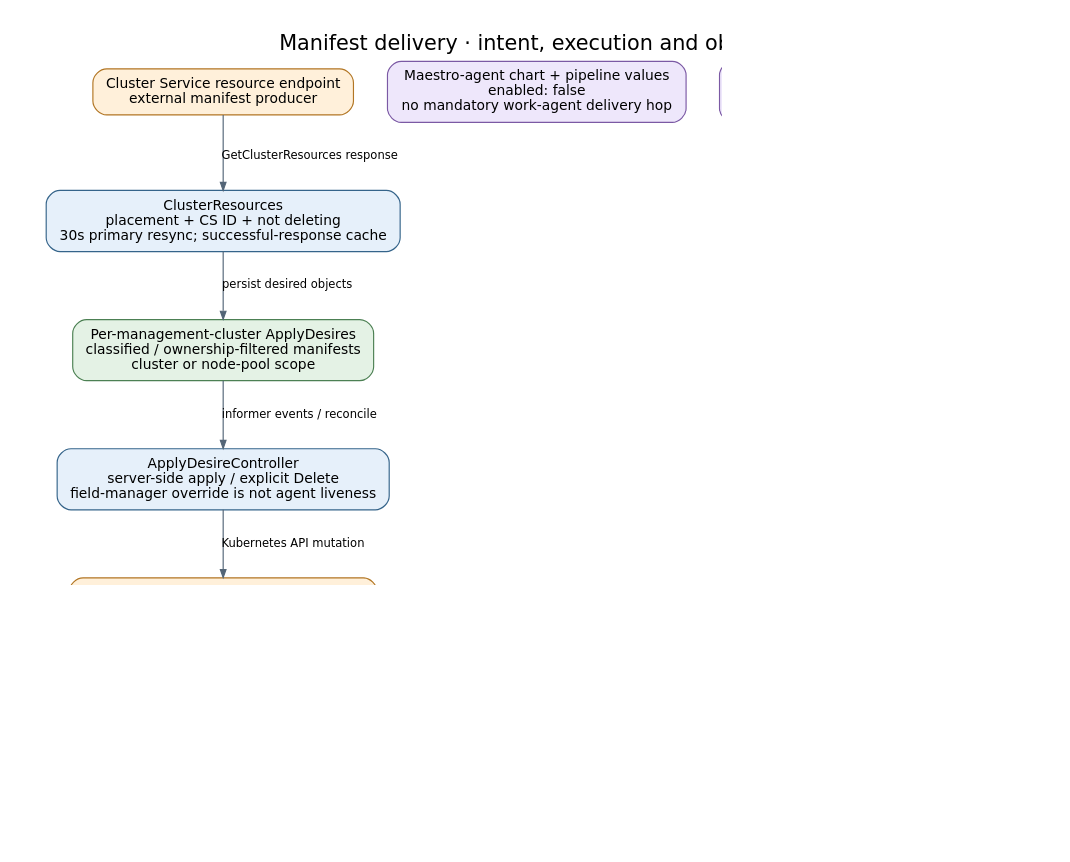
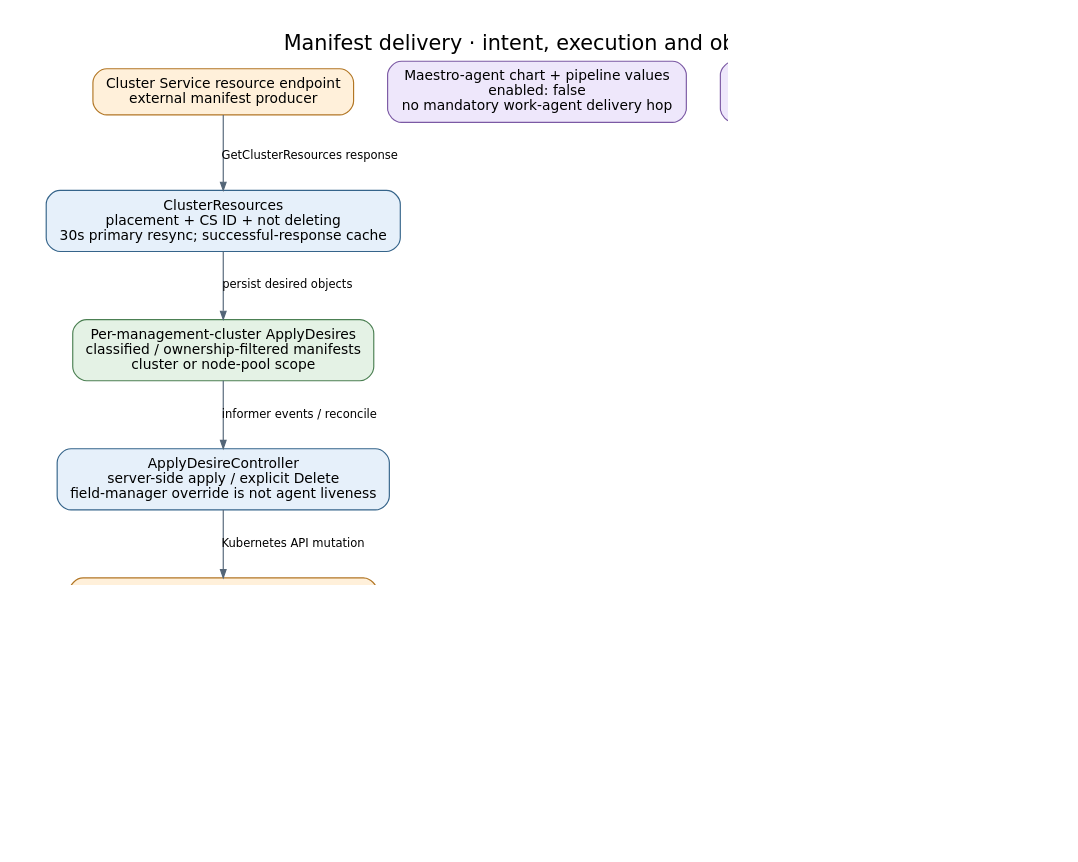
One commit to Azure/ARO-HCP changed the diagram in docs/generated/diagrams/controller-flows/manifest-delivery.dot. Above: the diagram before and after it, drawn with Graphviz. The commit also changed 4 other files, not shown here.

Commit message:
docs: reconcile controller flows after Fleet registration retirement

```diff
--- a/docs/generated/diagrams/controller-flows/manifest-delivery.dot
+++ b/docs/generated/diagrams/controller-flows/manifest-delivery.dot
@@ -1,22 +1,22 @@
 digraph manifest_delivery {
   graph [rankdir=TB, bgcolor="white", pad=0.3, nodesep=0.4, ranksep=0.65, fontname="DejaVu Sans", fontsize=18, labelloc=t, label="Manifest delivery · intent, execution and observation", dpi=110];
   node [shape=box, style="rounded,filled", fillcolor="#e6f0fa", color="#35648a", fontname="DejaVu Sans", fontsize=12, margin="0.16,0.10"];
   edge [color="#536577", fontname="DejaVu Sans", fontsize=10, arrowsize=0.7];
   cs [label="Cluster Service resource endpoint\nexternal manifest producer", fillcolor="#fff0da", color="#b27624"];
   fetch [label="ClusterResources\nplacement + CS ID + not deleting\n30s primary resync; successful-response cache"];
   intent [label="Per-management-cluster ApplyDesires\nclassified / ownership-filtered manifests\ncluster or node-pool scope", fillcolor="#e4f2e5", color="#4c8053"];
   apply [label="ApplyDesireController\nserver-side apply / explicit Delete\nfield-manager override is not agent liveness"];
   objects [label="Management-cluster Kubernetes objects\nHyperShift / Kubernetes reconciliation\nexternal completion is asynchronous", fillcolor="#fff0da", color="#b27624"];
   read [label="ReadDesireKubernetesController\nrequested resource observation"];
   backend [label="ActualHostedCluster / version / operation controllers\nindependent observed-state and completion gates"];
   config [label="Maestro-agent chart + pipeline values\nenabled: false\nno mandatory work-agent delivery hop", fillcolor="#eee7fb", color="#7b59a4"];
-  legacy [label="Retained contracts, not delivery evidence\nMaestroRegistered still gates Fleet Ready\nMaestroReadonlyBundles still gate child cleanup", fillcolor="#eee7fb", color="#7b59a4"];
+  legacy [label="Retired registration / retained cleanup\nFleet removes MaestroRegistered; no Ready gate\nMaestroReadonlyBundles still gate child cleanup", fillcolor="#eee7fb", color="#7b59a4"];
   cs -> fetch [label="GetClusterResources response"];
   fetch -> intent [label="persist desired objects"];
   intent -> apply [label="informer events / reconcile"];
   apply -> objects [label="Kubernetes API mutation"];
   objects -> read [label="watch / read", style=dashed, color="#857456"];
   read -> backend [label="ReadDesire status", style=dashed, color="#857456"];
   objects -> objects [label="reconcile / finalizer work", style=dashed, color="#857456"];
   { rank=same; config; legacy; }
 }
```
